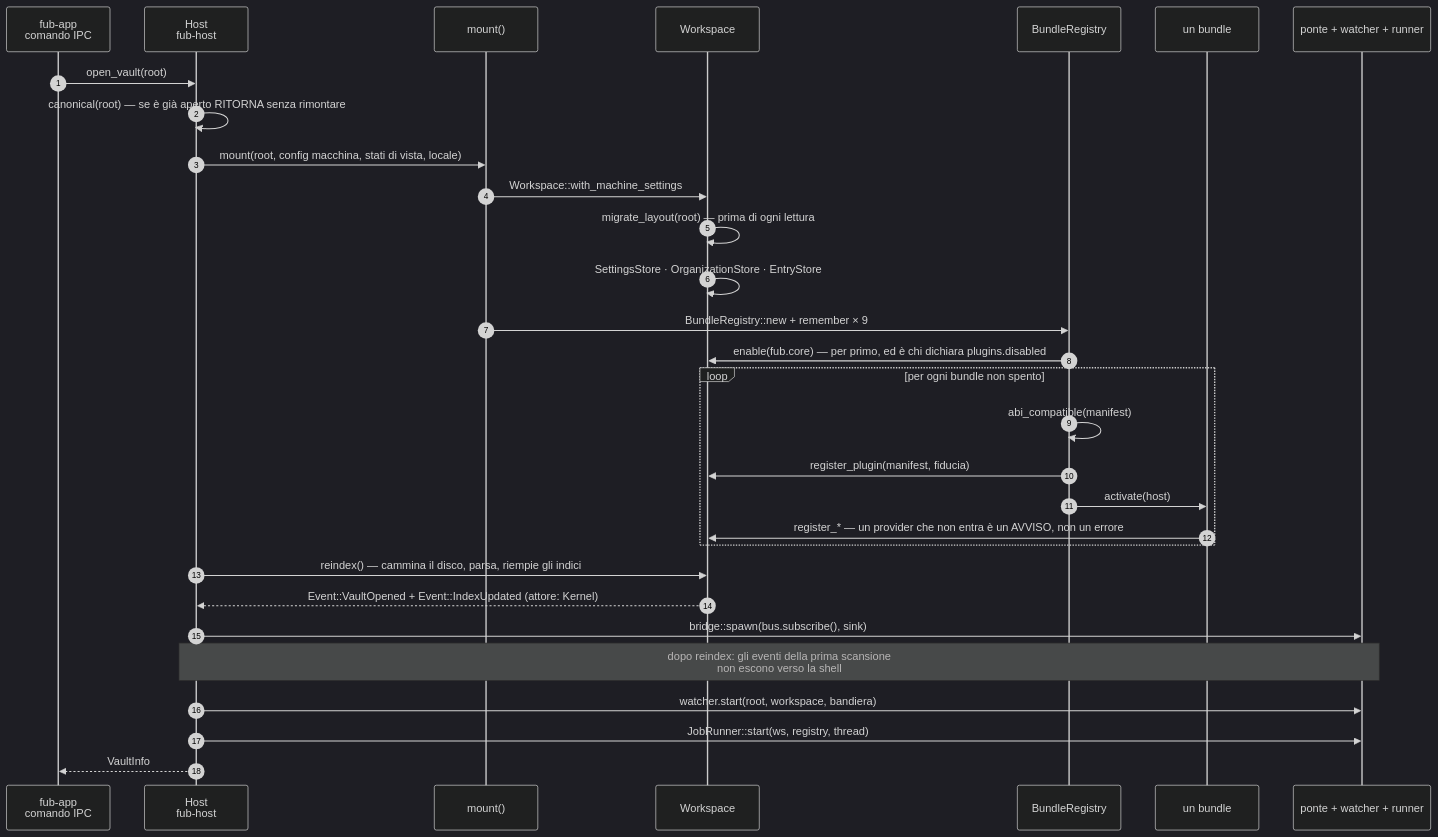
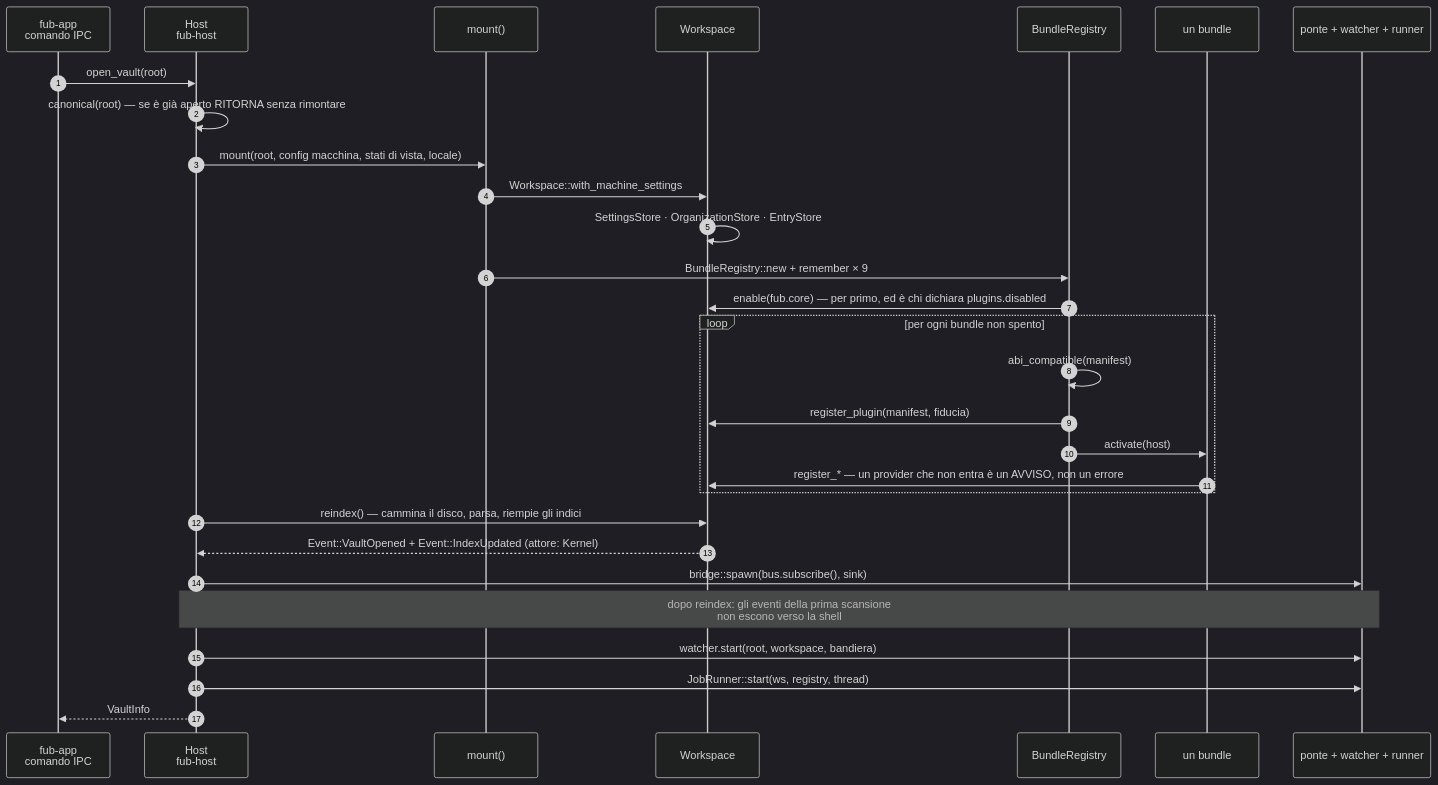
The fourth of 5 diagrams in docs/architecture/plugin-boundary.md (Fubeo/Fub), drawn with Mermaid (dark theme) before and after one commit. The commit also changed other lines of this file and 3 other files, not shown here.

First line of the commit message:
docs(architecture,roadmap): i documenti vivi non nominano più il codice tolto col nome vecchio

````diff
--- a/docs/architecture/plugin-boundary.md
+++ b/docs/architecture/plugin-boundary.md
@@ -855,33 +855,32 @@
 ```mermaid
 sequenceDiagram
     autonumber
     participant A as fub-app<br/>comando IPC
     participant H as Host<br/>fub-host
     participant M as mount()
     participant W as Workspace
     participant R as BundleRegistry
     participant Pl as un bundle
     participant Br as ponte + watcher + runner
 
     A->>H: open_vault(root)
     H->>H: canonical(root) — se è già aperto RITORNA senza rimontare
     H->>M: mount(root, config macchina, stati di vista, locale)
     M->>W: Workspace::with_machine_settings
-    W->>W: migrate_layout(root) — prima di ogni lettura
     W->>W: SettingsStore · OrganizationStore · EntryStore
     M->>R: BundleRegistry::new + remember × 9
     R->>W: enable(fub.core) — per primo, ed è chi dichiara plugins.disabled
     loop per ogni bundle non spento
         R->>R: abi_compatible(manifest)
         R->>W: register_plugin(manifest, fiducia)
         R->>Pl: activate(host)
         Pl->>W: register_* — un provider che non entra è un AVVISO, non un errore
     end
     H->>W: reindex() — cammina il disco, parsa, riempie gli indici
     W-->>H: Event::VaultOpened + Event::IndexUpdated (attore: Kernel)
     H->>Br: bridge::spawn(bus.subscribe(), sink)
     Note over H,Br: dopo reindex: gli eventi della prima scansione<br/>non escono verso la shell
     H->>Br: watcher.start(root, workspace, bandiera)
     H->>Br: JobRunner::start(ws, registry, thread)
     H-->>A: VaultInfo
 ```
````
